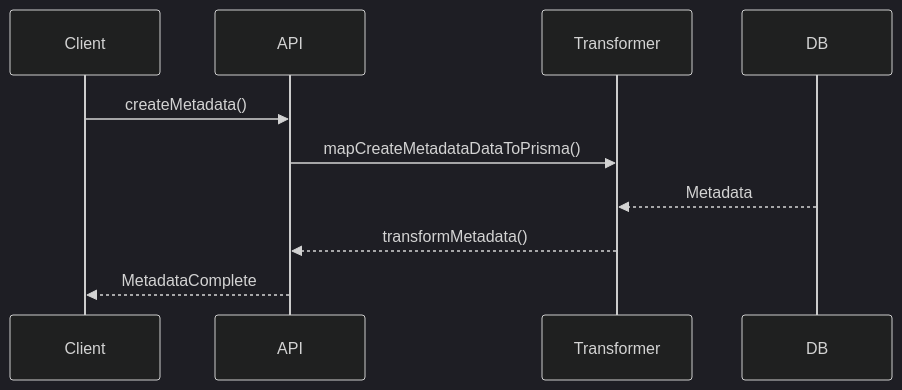
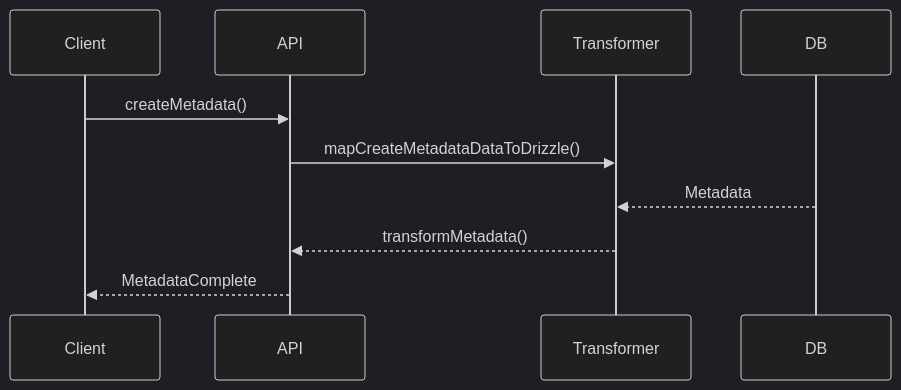
The second of 2 diagrams in src/types/entities/metadata/documentation.md (gvastethecreator/media-manager), drawn with Mermaid (dark theme) before and after one commit. The commit also changed 185 other files, not shown here.

````diff
--- a/src/types/entities/metadata/documentation.md
+++ b/src/types/entities/metadata/documentation.md
@@ -45,13 +45,13 @@
 ```mermaid
 sequenceDiagram
     participant Client
     participant API
     participant Transformer
     participant DB
     Client->>API: createMetadata()
-    API->>Transformer: mapCreateMetadataDataToPrisma()
+    API->>Transformer: mapCreateMetadataDataToDrizzle()
     
     DB-->>Transformer: Metadata
     Transformer-->>API: transformMetadata()
     API-->>Client: MetadataComplete
 ```
````
